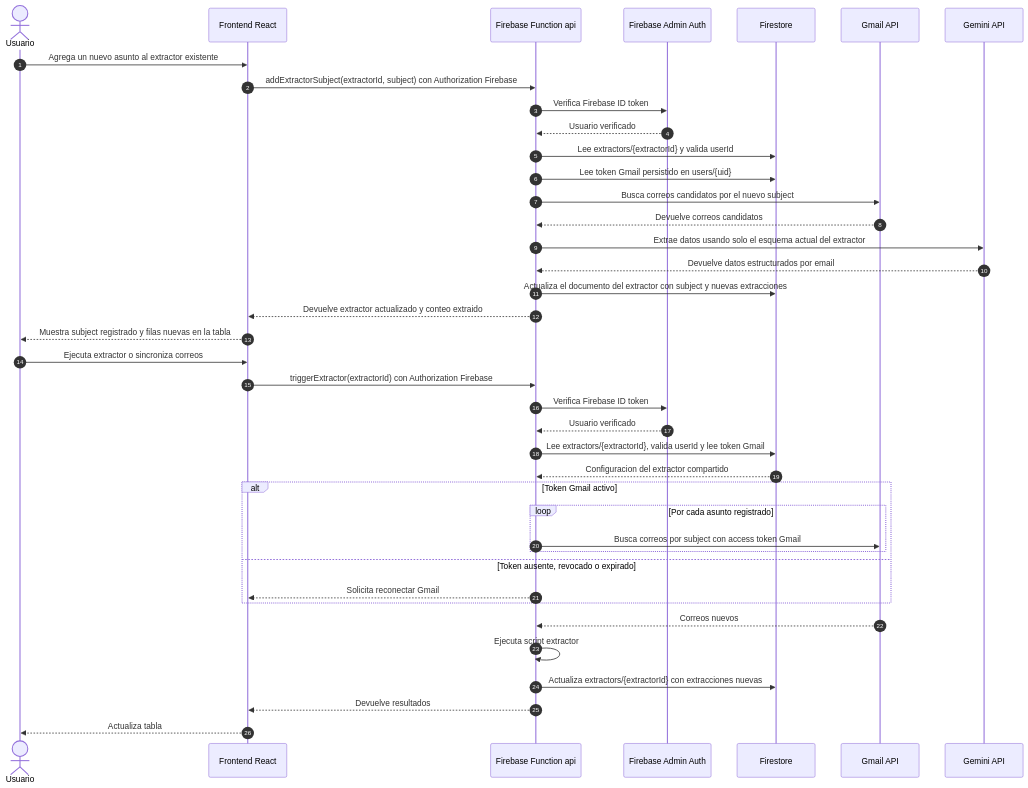
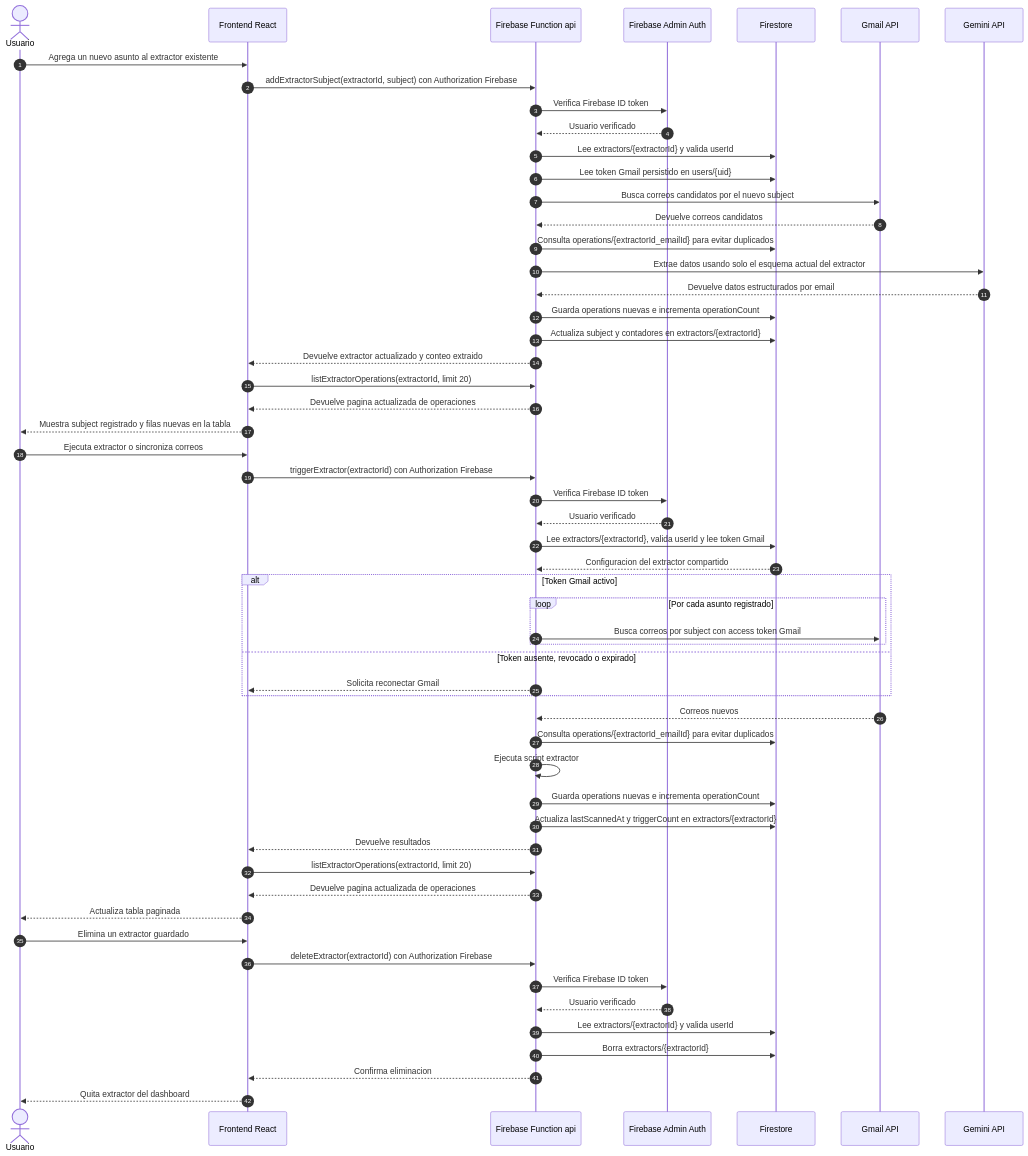
One commit to mijahilbarra/organizr changed the sixth of 9 diagrams in sequence-diagram.md. Above: the diagram before and after it, drawn with Mermaid. The commit also changed other lines of this file and 24 other files, not shown here.

````diff
--- a/sequence-diagram.md
+++ b/sequence-diagram.md
@@ -151,44 +155,61 @@
 ```mermaid
 sequenceDiagram
   autonumber
   actor User as Usuario
   participant Frontend as Frontend React
   participant Function as Firebase Function api
   participant FirebaseAuth as Firebase Admin Auth
   participant Firestore as Firestore
   participant Gmail as Gmail API
   participant Gemini as Gemini API
 
   User->>Frontend: Agrega un nuevo asunto al extractor existente
   Frontend->>Function: addExtractorSubject(extractorId, subject) con Authorization Firebase
   Function->>FirebaseAuth: Verifica Firebase ID token
   FirebaseAuth-->>Function: Usuario verificado
   Function->>Firestore: Lee extractors/{extractorId} y valida userId
   Function->>Firestore: Lee token Gmail persistido en users/{uid}
   Function->>Gmail: Busca correos candidatos por el nuevo subject
   Gmail-->>Function: Devuelve correos candidatos
+  Function->>Firestore: Consulta operations/{extractorId_emailId} para evitar duplicados
   Function->>Gemini: Extrae datos usando solo el esquema actual del extractor
   Gemini-->>Function: Devuelve datos estructurados por email
-  Function->>Firestore: Actualiza el documento del extractor con subject y nuevas extracciones
+  Function->>Firestore: Guarda operations nuevas e incrementa operationCount
+  Function->>Firestore: Actualiza subject y contadores en extractors/{extractorId}
   Function-->>Frontend: Devuelve extractor actualizado y conteo extraido
+  Frontend->>Function: listExtractorOperations(extractorId, limit 20)
+  Function-->>Frontend: Devuelve pagina actualizada de operaciones
   Frontend-->>User: Muestra subject registrado y filas nuevas en la tabla
 
   User->>Frontend: Ejecuta extractor o sincroniza correos
   Frontend->>Function: triggerExtractor(extractorId) con Authorization Firebase
   Function->>FirebaseAuth: Verifica Firebase ID token
   FirebaseAuth-->>Function: Usuario verificado
   Function->>Firestore: Lee extractors/{extractorId}, valida userId y lee token Gmail
   Firestore-->>Function: Configuracion del extractor compartido
   alt Token Gmail activo
     loop Por cada asunto registrado
       Function->>Gmail: Busca correos por subject con access token Gmail
     end
   else Token ausente, revocado o expirado
     Function-->>Frontend: Solicita reconectar Gmail
   end
   Gmail-->>Function: Correos nuevos
+  Function->>Firestore: Consulta operations/{extractorId_emailId} para evitar duplicados
   Function->>Function: Ejecuta script extractor
-  Function->>Firestore: Actualiza extractors/{extractorId} con extracciones nuevas
+  Function->>Firestore: Guarda operations nuevas e incrementa operationCount
+  Function->>Firestore: Actualiza lastScannedAt y triggerCount en extractors/{extractorId}
   Function-->>Frontend: Devuelve resultados
-  Frontend-->>User: Actualiza tabla
+  Frontend->>Function: listExtractorOperations(extractorId, limit 20)
+  Function-->>Frontend: Devuelve pagina actualizada de operaciones
+  Frontend-->>User: Actualiza tabla paginada
+
+  User->>Frontend: Elimina un extractor guardado
+  Frontend->>Function: deleteExtractor(extractorId) con Authorization Firebase
+  Function->>FirebaseAuth: Verifica Firebase ID token
+  FirebaseAuth-->>Function: Usuario verificado
+  Function->>Firestore: Lee extractors/{extractorId} y valida userId
+  Function->>Firestore: Borra extractors/{extractorId}
+  Function-->>Frontend: Confirma eliminacion
+  Frontend-->>User: Quita extractor del dashboard
 ```
````
